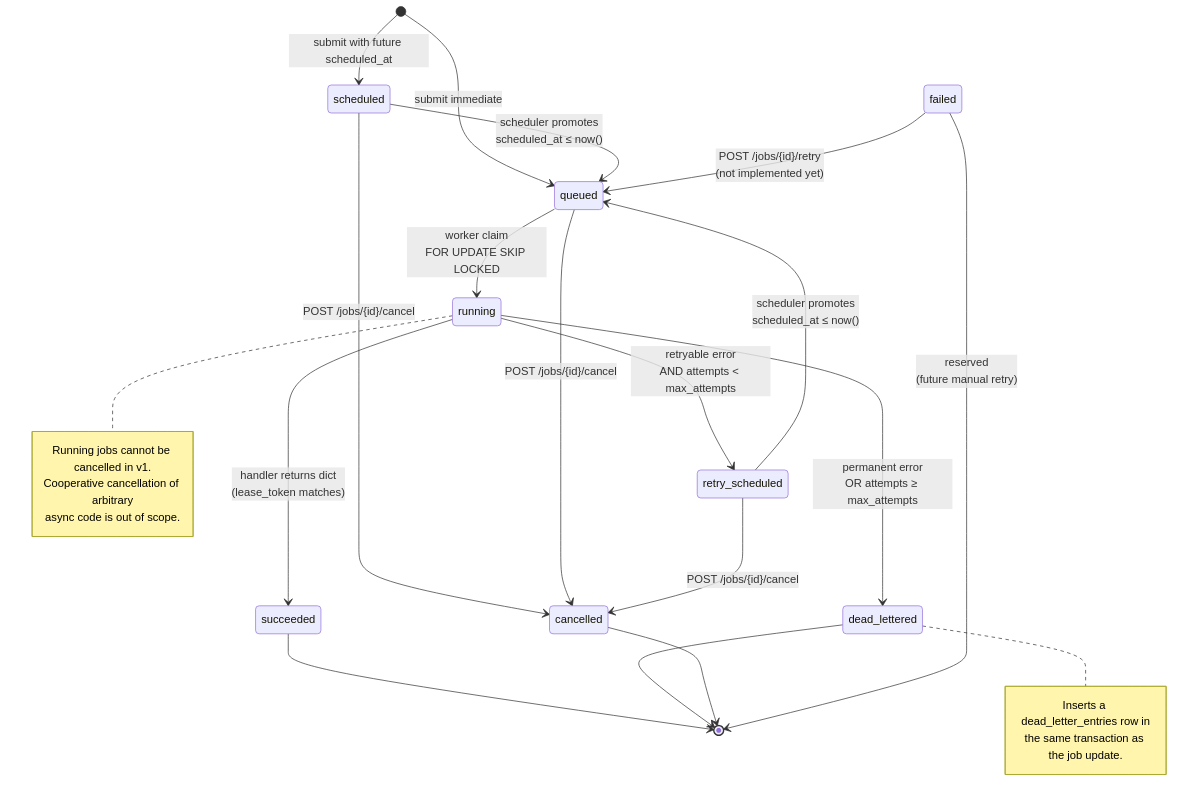
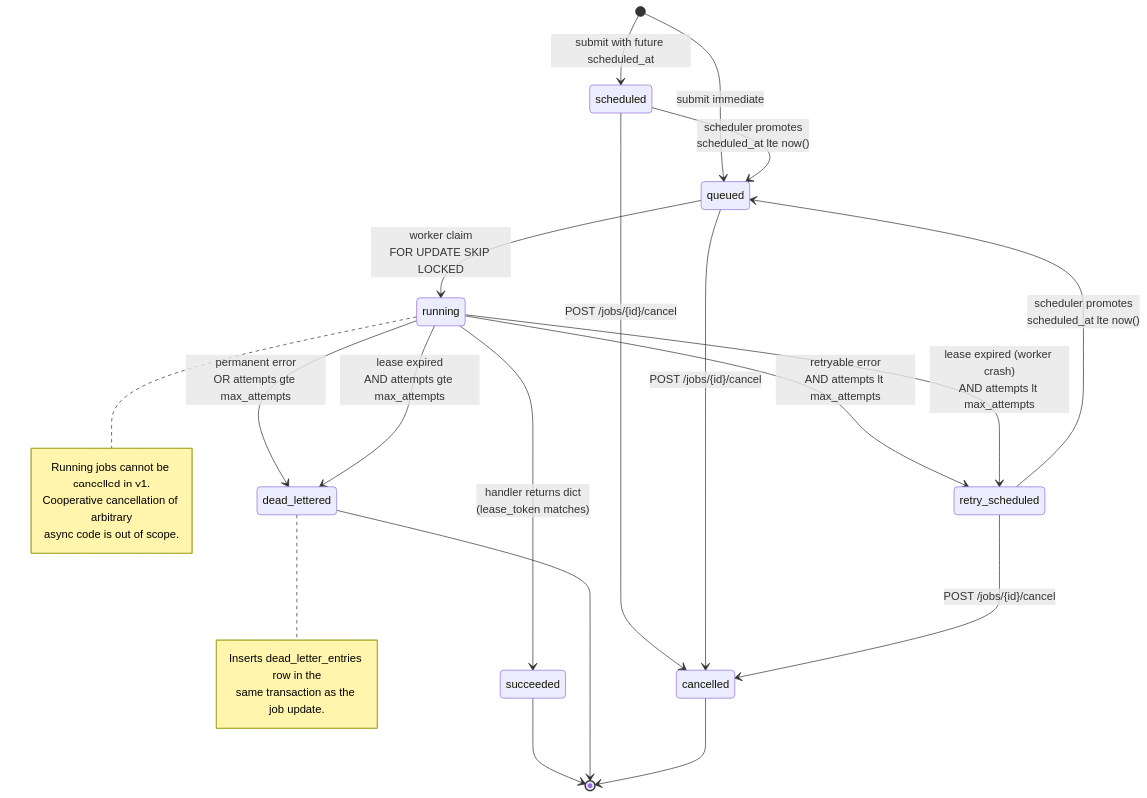
One commit to Olufemooshegs/taskforge changed the second of 5 diagrams in README.md. Above: the diagram before and after it, drawn with Mermaid. The commit also changed other lines of this file, not shown here.

````diff
--- a/README.md
+++ b/README.md
@@ -168,36 +315,35 @@
 ```mermaid
 stateDiagram-v2
     [*] --> scheduled: submit with future scheduled_at
     [*] --> queued: submit immediate
 
-    scheduled --> queued: scheduler promotes<br/>scheduled_at ≤ now()
+    scheduled --> queued: scheduler promotes<br/>scheduled_at lte now()
     scheduled --> cancelled: POST /jobs/{id}/cancel
 
     queued --> running: worker claim<br/>FOR UPDATE SKIP LOCKED
     queued --> cancelled: POST /jobs/{id}/cancel
 
     running --> succeeded: handler returns dict<br/>(lease_token matches)
-    running --> retry_scheduled: retryable error<br/>AND attempts < max_attempts
-    running --> dead_lettered: permanent error<br/>OR attempts ≥ max_attempts
+    running --> retry_scheduled: retryable error<br/>AND attempts lt max_attempts
+    running --> dead_lettered: permanent error<br/>OR attempts gte max_attempts
+    running --> retry_scheduled: lease expired (worker crash)<br/>AND attempts lt max_attempts
+    running --> dead_lettered: lease expired<br/>AND attempts gte max_attempts
 
-    retry_scheduled --> queued: scheduler promotes<br/>scheduled_at ≤ now()
+    retry_scheduled --> queued: scheduler promotes<br/>scheduled_at lte now()
     retry_scheduled --> cancelled: POST /jobs/{id}/cancel
 
     succeeded --> [*]
     dead_lettered --> [*]
     cancelled --> [*]
-
-    failed --> [*]: reserved<br/>(future manual retry)
-    failed --> queued: POST /jobs/{id}/retry<br/>(not implemented yet)
 
     note right of running
         Running jobs cannot be cancelled in v1.
         Cooperative cancellation of arbitrary
         async code is out of scope.
     end note
 
     note right of dead_lettered
-        Inserts a dead_letter_entries row in
-        the same transaction as the job update.
+        Inserts dead_letter_entries row in the
+        same transaction as the job update.
     end note
 ```
````
